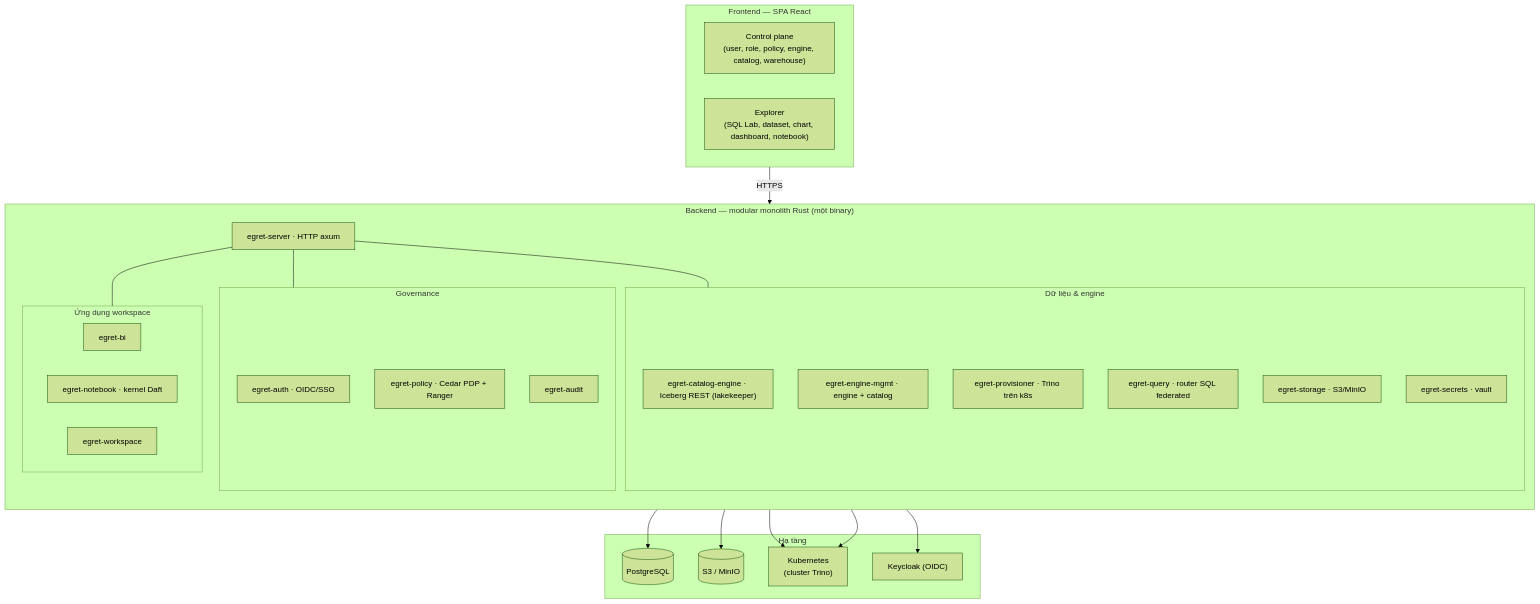
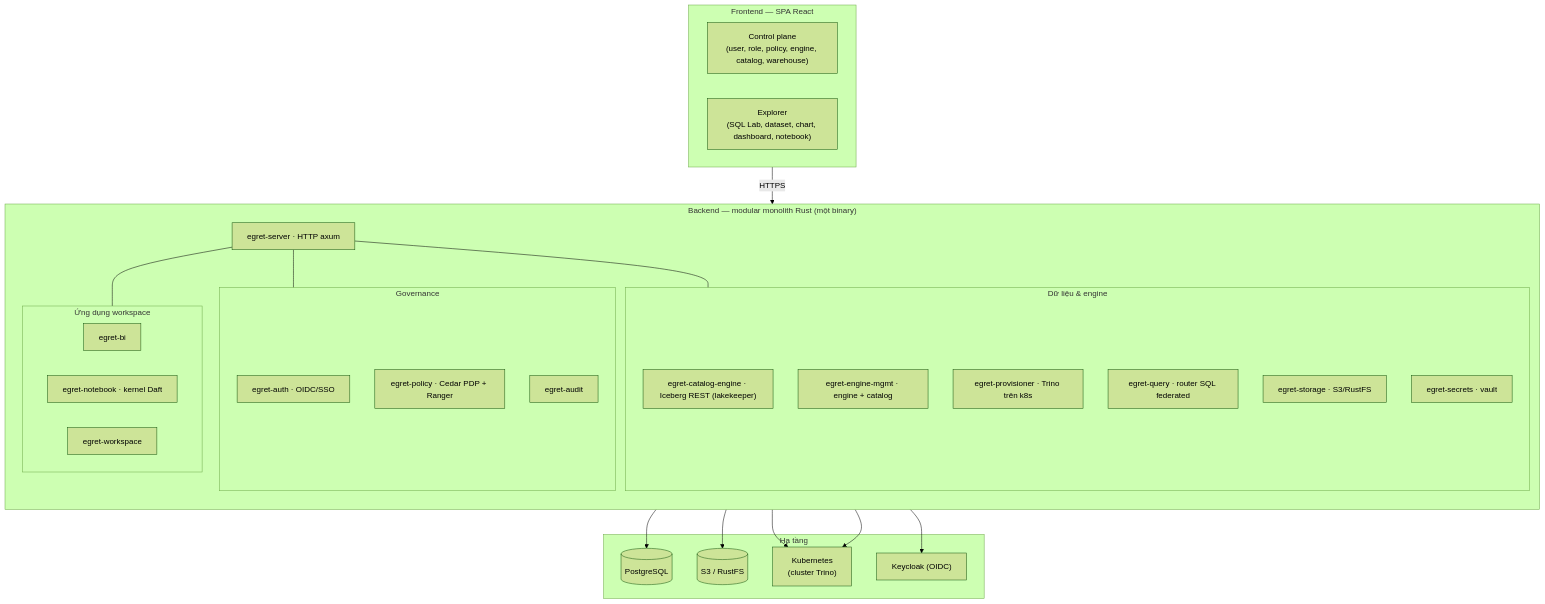
Before and after one commit to egret-data/platform: the seventh of 7 diagrams in README.vi.md, drawn with Mermaid (forest theme). The commit also changed other lines of this file and 58 other files, not shown here.

First line of the commit message:
chore: rename MinIO to RustFS everywhere the stack is live

````diff
--- a/README.vi.md
+++ b/README.vi.md
@@ -309,45 +309,45 @@
 ```mermaid
 flowchart TB
     subgraph FE["Frontend — SPA React"]
         CPUI["Control plane<br/>(user, role, policy, engine, catalog, warehouse)"]
         EXP["Explorer<br/>(SQL Lab, dataset, chart, dashboard, notebook)"]
     end
 
     subgraph BE["Backend — modular monolith Rust (một binary)"]
         direction TB
         SRV["egret-server · HTTP axum"]
         subgraph GOVN["Governance"]
             AUTH["egret-auth · OIDC/SSO"]
             POL["egret-policy · Cedar PDP + Ranger"]
             AUD["egret-audit"]
         end
         subgraph DATA["Dữ liệu & engine"]
             CATE["egret-catalog-engine · Iceberg REST (lakekeeper)"]
             EMG["egret-engine-mgmt · engine + catalog"]
             ORCH["egret-provisioner · Trino trên k8s"]
             QRY["egret-query · router SQL federated"]
-            STOR["egret-storage · S3/MinIO"]
+            STOR["egret-storage · S3/RustFS"]
             SEC["egret-secrets · vault"]
         end
         subgraph APPS["Ứng dụng workspace"]
             BI["egret-bi"]
             NB["egret-notebook · kernel Daft"]
             WSP["egret-workspace"]
         end
         SRV --- GOVN & DATA & APPS
     end
 
     subgraph INFRA["Hạ tầng"]
         PGSQL[("PostgreSQL")]
-        OBJ[("S3 / MinIO")]
+        OBJ[("S3 / RustFS")]
         K8S["Kubernetes<br/>(cluster Trino)"]
         IDP["Keycloak (OIDC)"]
     end
 
     FE -->|HTTPS| SRV
     AUTH --> IDP
     DATA --> PGSQL
     CATE --> OBJ
     ORCH --> K8S
     QRY --> K8S
 ```
````
